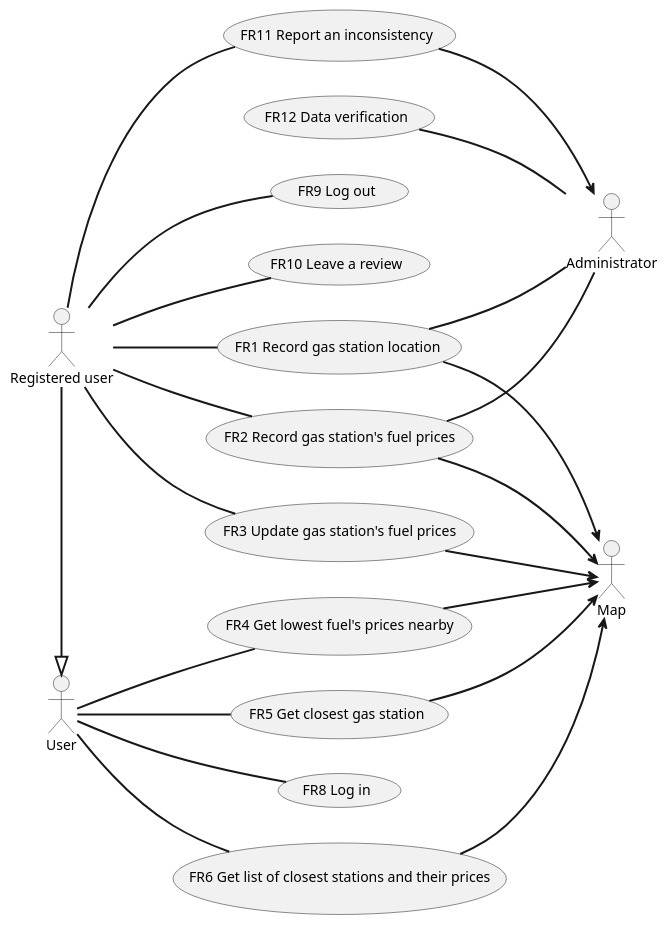
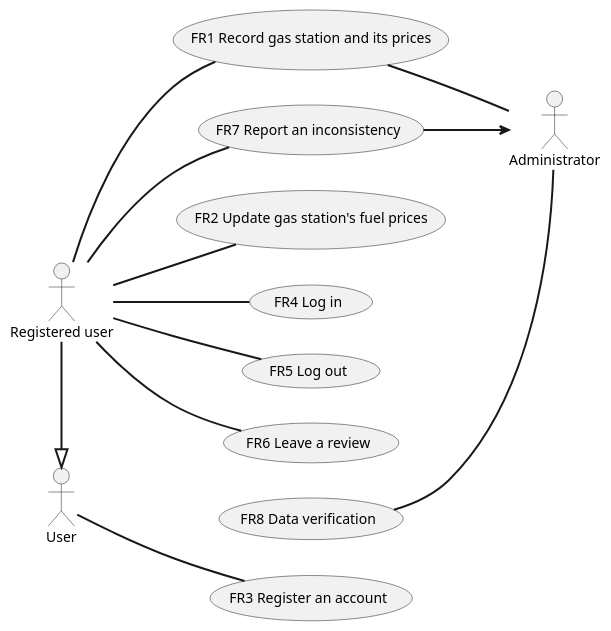
Before and after one commit to SoftengPoliTo/Lab2: the second of 3 diagrams in REQ_s280105.md, drawn with PlantUML. The commit also changed other lines of this file, not shown here.

````diff
--- a/REQ_s280105.md
+++ b/REQ_s280105.md
@@ -121,28 +123,18 @@
 ```plantuml
 left to right direction
 actor Administrator as a
 actor User as u
 actor "Registered user" as r
-actor Map as m
-r == (FR1 Record gas station location)
-r == (FR2 Record gas station's fuel prices)
-r == (FR3 Update gas station's fuel prices)
-u == (FR4 Get lowest fuel's prices nearby)
-u == (FR5 Get closest gas station)
-u == (FR6 Get list of closest stations and their prices)
-u == (FR8 Log in)
-r == (FR9 Log out)
-r == (FR10 Leave a review)
-r == (FR11 Report an inconsistency)
-(FR12 Data verification) == a
-(FR11 Report an inconsistency) ==> a
-(FR1 Record gas station location) == a
-(FR2 Record gas station's fuel prices) == a
+r == (FR1 Record gas station and its prices)
+r == (FR7 Report an inconsistency)
+(FR8 Data verification) == a
+(FR7 Report an inconsistency) ==> a
+(FR1 Record gas station and its prices) == a
+r == (FR2 Update gas station's fuel prices)
+u == (FR3 Register an account)
+r == (FR4 Log in)
+r == (FR5 Log out)
+r == (FR6 Leave a review)
+
 r =|> u
-(FR1 Record gas station location) ==> m
-(FR2 Record gas station's fuel prices) ==> m
-(FR3 Update gas station's fuel prices) ==> m
-(FR4 Get lowest fuel's prices nearby) ==> m
-(FR5 Get closest gas station) ==> m
-(FR6 Get list of closest stations and their prices) ==> m
 ```
````
